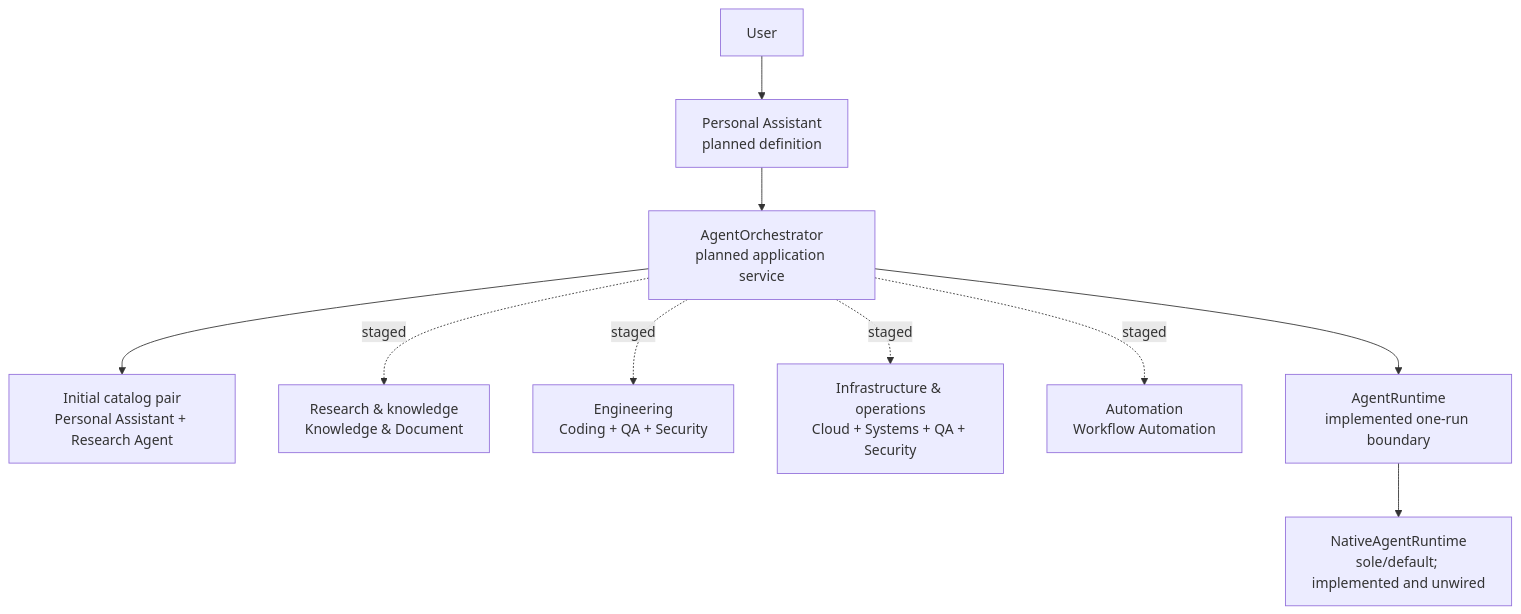
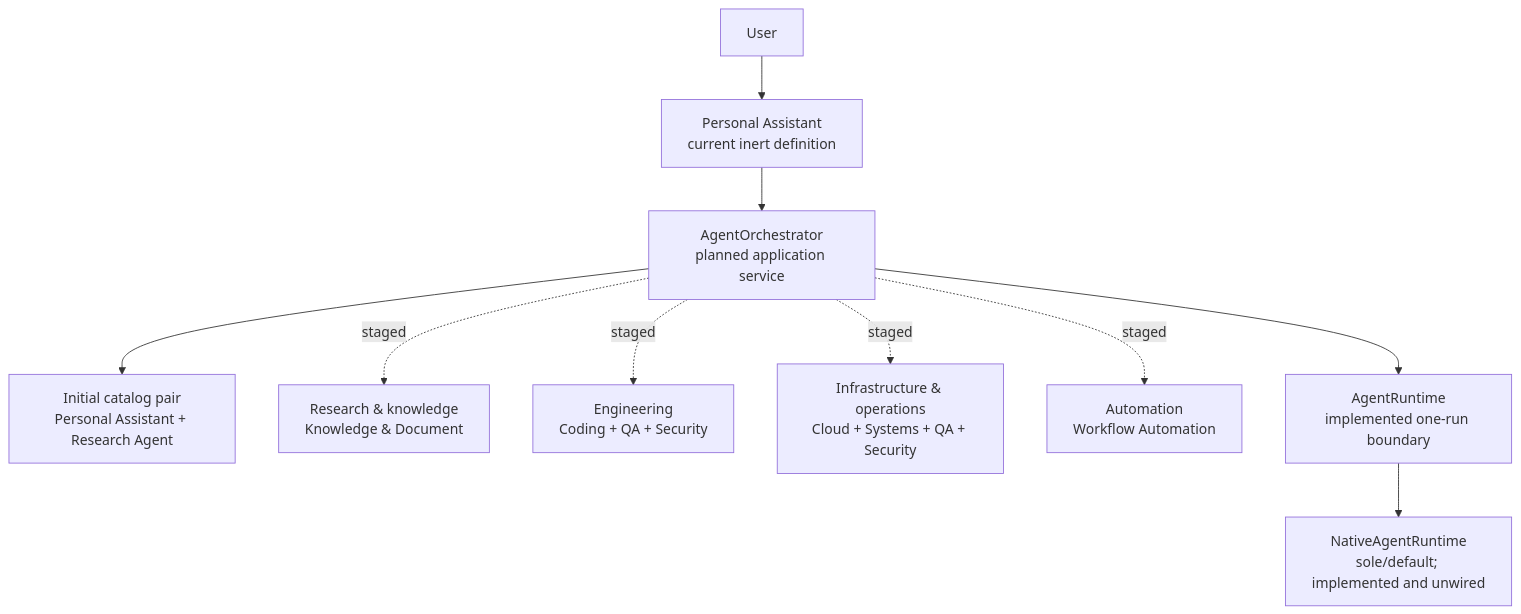
The fourth of 5 diagrams in ARCHITECTURE.md (SillyRbbit/ai-agent-assistant), drawn with Mermaid before and after one commit. The commit also changed other lines of this file and 16 other files, not shown here.

````diff
--- a/ARCHITECTURE.md
+++ b/ARCHITECTURE.md
@@ -196,12 +198,12 @@
 ```mermaid
 flowchart TD
-    User["User"] --> Personal["Personal Assistant<br/>planned definition"]
+    User["User"] --> Personal["Personal Assistant<br/>current inert definition"]
     Personal --> Orchestrator["AgentOrchestrator<br/>planned application service"]
     Orchestrator --> Initial["Initial catalog pair<br/>Personal Assistant + Research Agent"]
     Orchestrator -. staged .-> Knowledge["Research & knowledge<br/>Knowledge & Document"]
     Orchestrator -. staged .-> Engineering["Engineering<br/>Coding + QA + Security"]
     Orchestrator -. staged .-> Operations["Infrastructure & operations<br/>Cloud + Systems + QA + Security"]
     Orchestrator -. staged .-> Automation["Automation<br/>Workflow Automation"]
     Orchestrator --> Runtime["AgentRuntime<br/>implemented one-run boundary"]
     Runtime --> Native["NativeAgentRuntime<br/>sole/default; implemented and unwired"]
 ```
````
